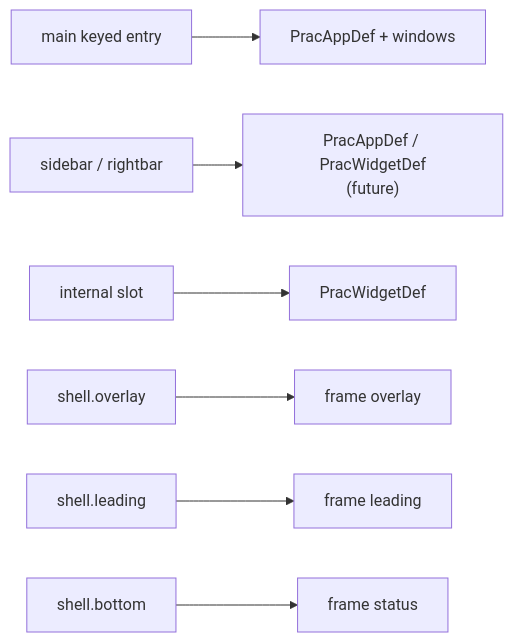
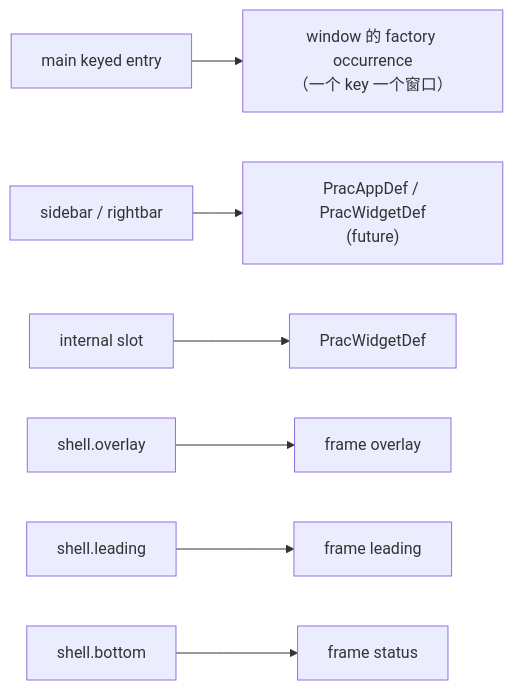
One commit to ifplusor/prac changed the second of 3 diagrams in .agents/notes/in-progress/2026-11-05-tech-extension-dsh.md. Above: the diagram before and after it, drawn with Mermaid. The commit also changed other lines of this file and 10 other files, not shown here.

Commit message:
docs(notes): the UI model — regions, spaces, window groups, windows

````diff
--- a/.agents/notes/in-progress/2026-11-05-tech-extension-dsh.md
+++ b/.agents/notes/in-progress/2026-11-05-tech-extension-dsh.md
@@ -64,9 +64,9 @@
 ```mermaid
 flowchart LR
-  M["main keyed entry"] --> A["PracAppDef + windows"]
+  M["main keyed entry"] --> A["window 的 factory occurrence<br/>（一个 key 一个窗口）"]
   S["sidebar / rightbar"] --> B["PracAppDef / PracWidgetDef<br/>(future)"]
   I["internal slot"] --> W["PracWidgetDef"]
   O["shell.overlay"] --> OV["frame overlay"]
   L["shell.leading"] --> CH["frame leading"]
   T["shell.bottom"] --> ST["frame status"]
 ```
````
